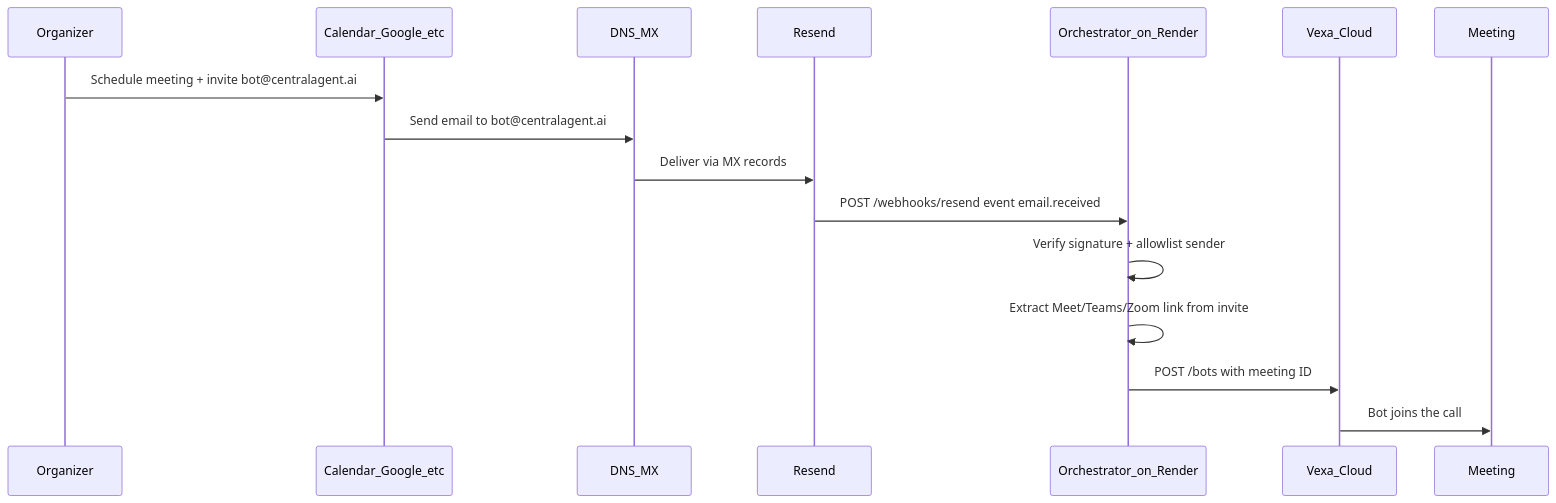
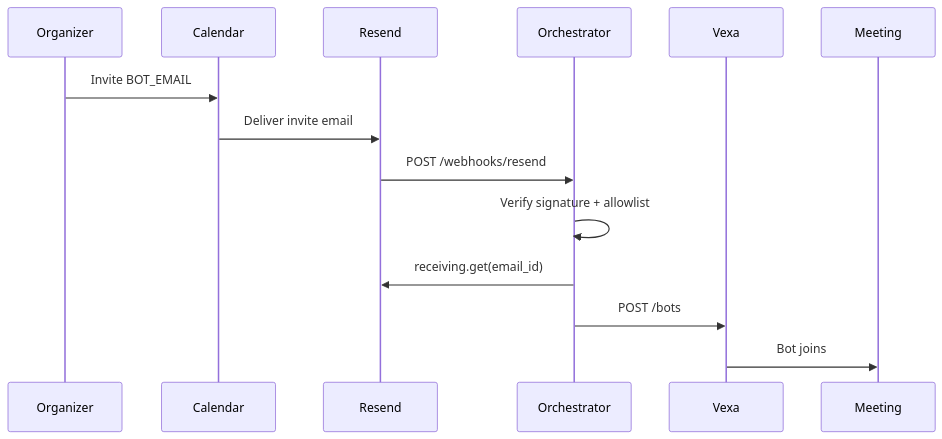
One commit to renfrrd-ai/central-agent-meeting-bot changed the first of 2 diagrams in docs/bot-email-and-deployment.md. Above: the diagram before and after it, drawn with Mermaid. The commit also changed other lines of this file and 2 other files, not shown here.

First line of the commit message:
Standardize Advanced Mode on Resend webhooks and flexible sender allowlist.

````diff
--- a/docs/bot-email-and-deployment.md
+++ b/docs/bot-email-and-deployment.md
@@ -48,19 +74,17 @@
 ```mermaid
 sequenceDiagram
   participant Organizer
-  participant Calendar as Calendar_Google_etc
-  participant DNS as DNS_MX
+  participant Calendar
   participant Resend
-  participant Render as Orchestrator_on_Render
-  participant Vexa as Vexa_Cloud
+  participant App as Orchestrator
+  participant Vexa
   participant Meet as Meeting
 
-  Organizer->>Calendar: Schedule meeting + invite bot@centralagent.ai
-  Calendar->>DNS: Send email to bot@centralagent.ai
-  DNS->>Resend: Deliver via MX records
-  Resend->>Render: POST /webhooks/resend event email.received
-  Render->>Render: Verify signature + allowlist sender
-  Render->>Render: Extract Meet/Teams/Zoom link from invite
-  Render->>Vexa: POST /bots with meeting ID
-  Vexa->>Meet: Bot joins the call
+  Organizer->>Calendar: Invite BOT_EMAIL
+  Calendar->>Resend: Deliver invite email
+  Resend->>App: POST /webhooks/resend
+  App->>App: Verify signature + allowlist
+  App->>Resend: receiving.get(email_id)
+  App->>Vexa: POST /bots
+  Vexa->>Meet: Bot joins
 ```
````
